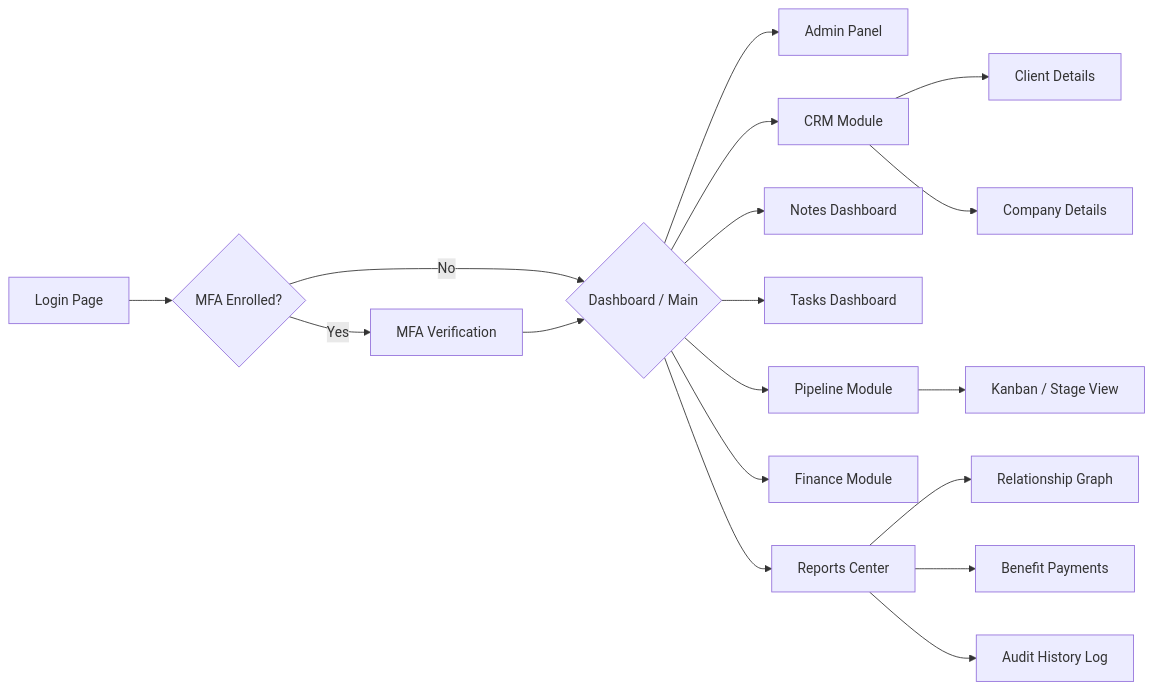
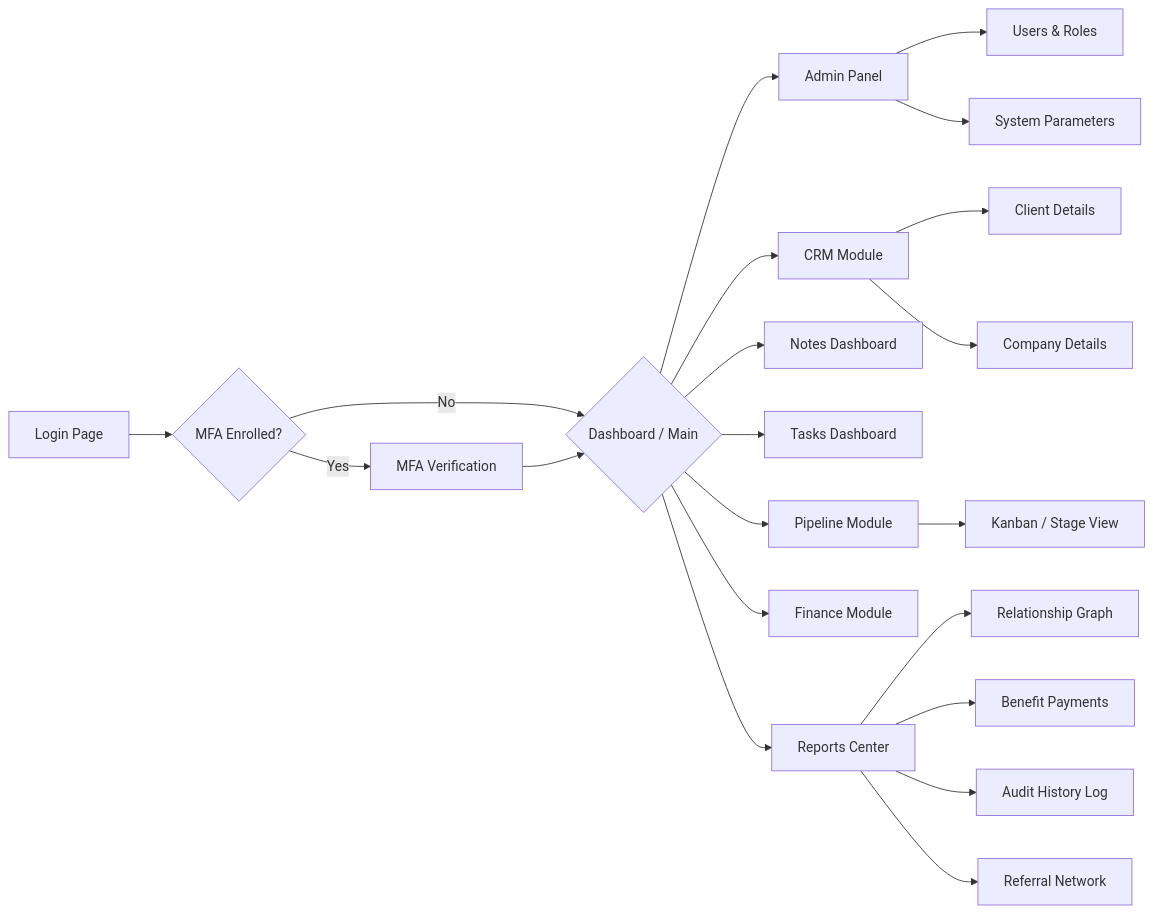
The diagram in docs/features.md (bereanadvisorgroup/prestige-box), drawn with Mermaid before and after one commit. The commit also changed other lines of this file and 5 other files, not shown here.

Commit message:
docs: update system documentation to reflect recent features and database schemas

````diff
--- a/docs/features.md
+++ b/docs/features.md
@@ -5,21 +5,24 @@
 ```mermaid
 flowchart LR
     Login[Login Page] --> MFA{MFA Enrolled?}
     MFA -->|Yes| MFAVerify[MFA Verification]
     MFA -->|No| Dashboard{Dashboard / Main}
     MFAVerify --> Dashboard
     Dashboard --> Admin[Admin Panel]
     Dashboard --> CRM[CRM Module]
     Dashboard --> Notes[Notes Dashboard]
     Dashboard --> Tasks[Tasks Dashboard]
     Dashboard --> Pipeline[Pipeline Module]
     Dashboard --> Finance[Finance Module]
     Dashboard --> Reports[Reports Center]
     
     CRM --> ClientProfile[Client Details]
     CRM --> CompanyProfile[Company Details]
     Pipeline --> StageView[Kanban / Stage View]
     Reports --> RelGraph[Relationship Graph]
     Reports --> BenPayment[Benefit Payments]
     Reports --> AudHistory[Audit History Log]
+    Reports --> RefRep[Referral Network]
+    Admin --> UsersMgmt[Users & Roles]
+    Admin --> SystemParams[System Parameters]
 ```
````
